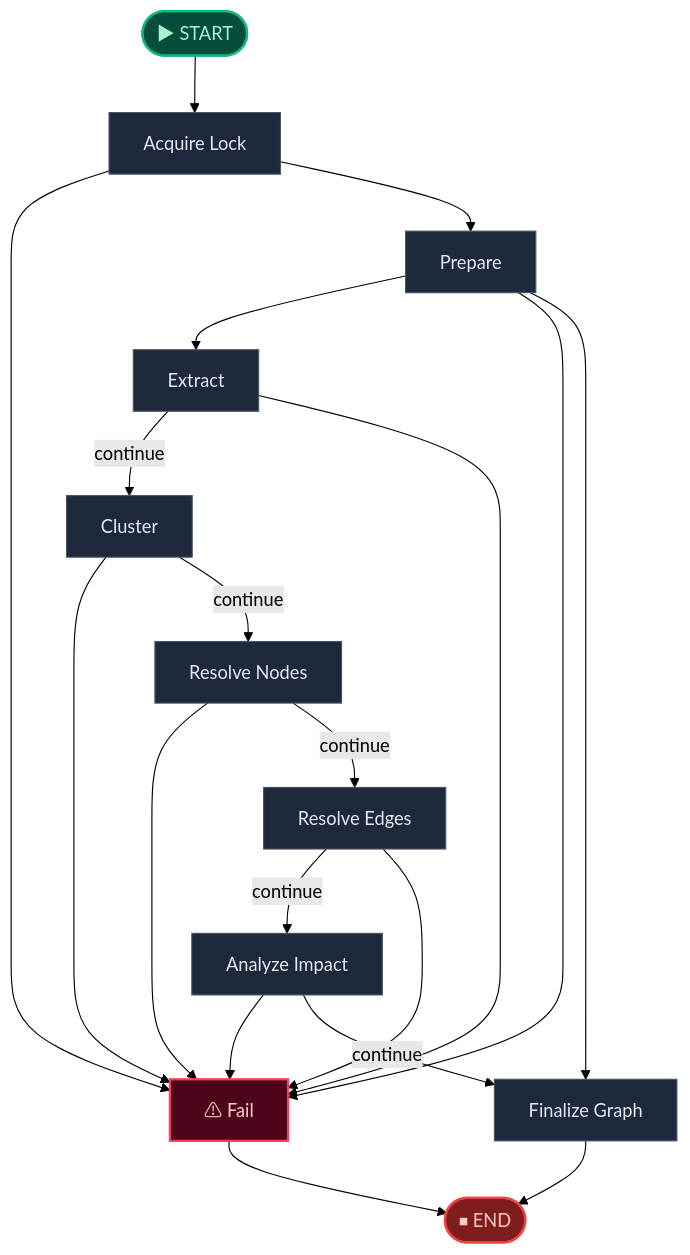
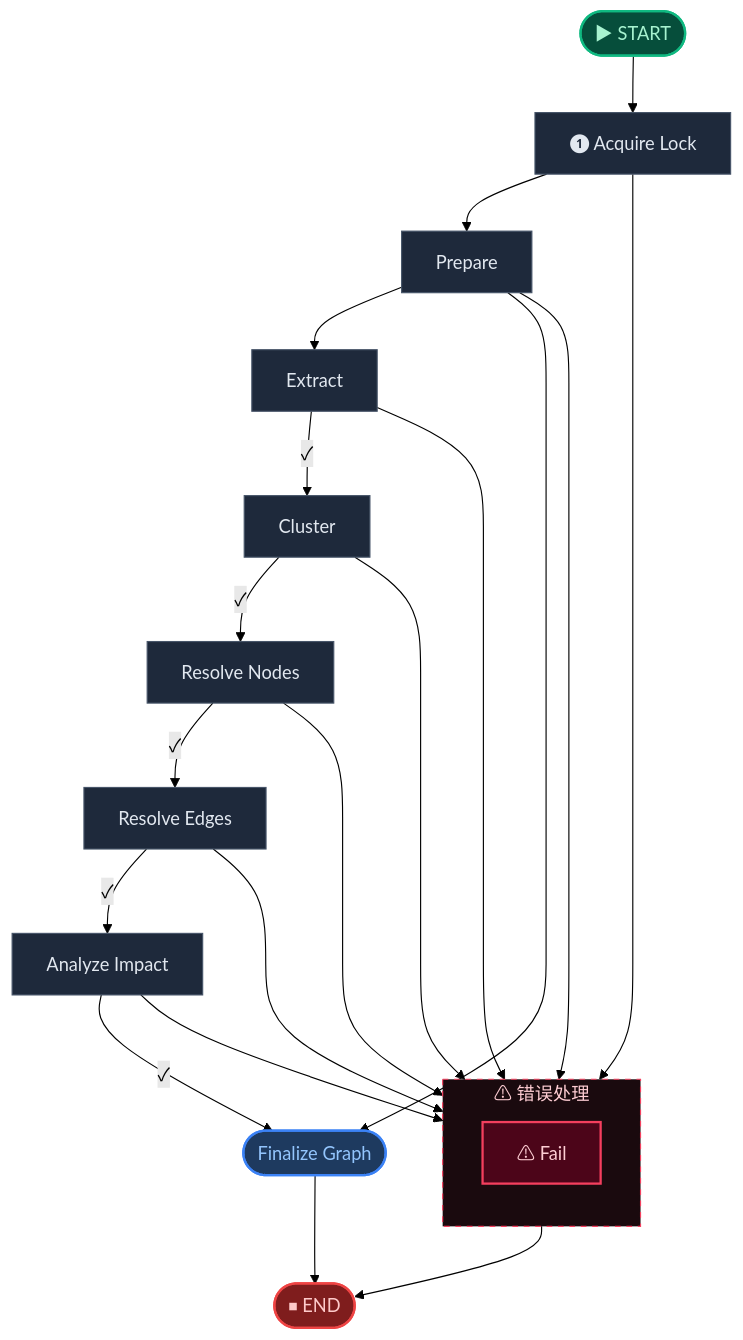
One commit to aiteachme/AITeachMe changed the third of 4 diagrams in backend/scripts/.generated_workflow_diagrams/digest.md. Above: the diagram before and after it, drawn with Mermaid (forest theme). The commit also changed other lines of this file and 6 other files, not shown here.

````diff
--- a/backend/scripts/.generated_workflow_diagrams/digest.md
+++ b/backend/scripts/.generated_workflow_diagrams/digest.md
@@ -98,42 +139,49 @@
 ```mermaid
 flowchart TD
     __start__(["▶ START"])
-    acquire_lock["Acquire Lock"]
+    acquire_lock["❶ Acquire Lock"]
     prepare["Prepare"]
     extract["Extract"]
     cluster["Cluster"]
     resolve_nodes["Resolve Nodes"]
     resolve_edges["Resolve Edges"]
     analyze_impact["Analyze Impact"]
-    finalize_graph["Finalize Graph"]
-    fail["⚠ Fail"]
+    finalize_graph(["Finalize Graph"])
     __end__(["⏹ END"])
+
+    subgraph error_zone ["⚠ 错误处理"]
+    direction TB
+        fail["⚠ Fail"]
+    end
 
     __start__ --> acquire_lock
     acquire_lock --> fail
     acquire_lock --> prepare
     analyze_impact --> fail
-    analyze_impact -->|"continue"| finalize_graph
+    analyze_impact -->|"✓"| finalize_graph
     cluster --> fail
-    cluster -->|"continue"| resolve_nodes
-    extract -->|"continue"| cluster
+    cluster -->|"✓"| resolve_nodes
+    extract -->|"✓"| cluster
     extract --> fail
     prepare --> extract
     prepare --> fail
     prepare --> finalize_graph
-    resolve_edges -->|"continue"| analyze_impact
+    resolve_edges -->|"✓"| analyze_impact
     resolve_edges --> fail
     resolve_nodes --> fail
-    resolve_nodes -->|"continue"| resolve_edges
+    resolve_nodes -->|"✓"| resolve_edges
     fail --> __end__
     finalize_graph --> __end__
 
     %% ── Styling ──
     classDef startCls fill:#064e3b,stroke:#10b981,stroke-width:2px,color:#a7f3d0
     classDef endCls fill:#7f1d1d,stroke:#ef4444,stroke-width:2px,color:#fecaca
     classDef failCls fill:#4c0519,stroke:#f43f5e,stroke-width:2px,color:#fecdd3
+    classDef termCls fill:#1e3a5f,stroke:#3b82f6,stroke-width:2px,color:#93c5fd
     classDef default fill:#1e293b,stroke:#475569,stroke-width:1px,color:#e2e8f0
+    style error_zone fill:#1a0a0e,stroke:#f43f5e,stroke-width:1px,color:#fecdd3,stroke-dasharray:5
     class __start__ startCls
+    class finalize_graph termCls
     class fail failCls
     class __end__ endCls
 ```
````
